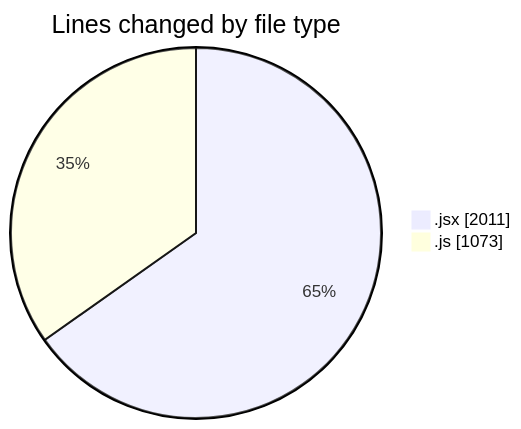
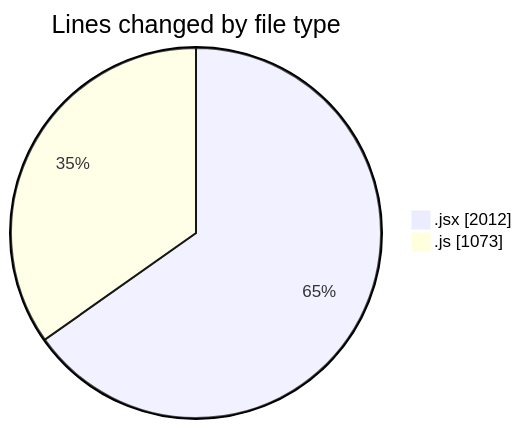
Before and after one commit to nxtqubesakshisongat/code-tracking: the first of 2 diagrams in 2025-06-04/nxtqube_webapp/README.md, drawn with Mermaid. The commit also changed other lines of this file and 1 other file, not shown here.

````diff
--- a/2025-06-04/nxtqube_webapp/README.md
+++ b/2025-06-04/nxtqube_webapp/README.md
@@ -26,6 +26,6 @@
 ```mermaid
 pie showData
 title Lines changed by file type
-".jsx" : 2011
+".jsx" : 2012
 ".js" : 1073
 ```
````
